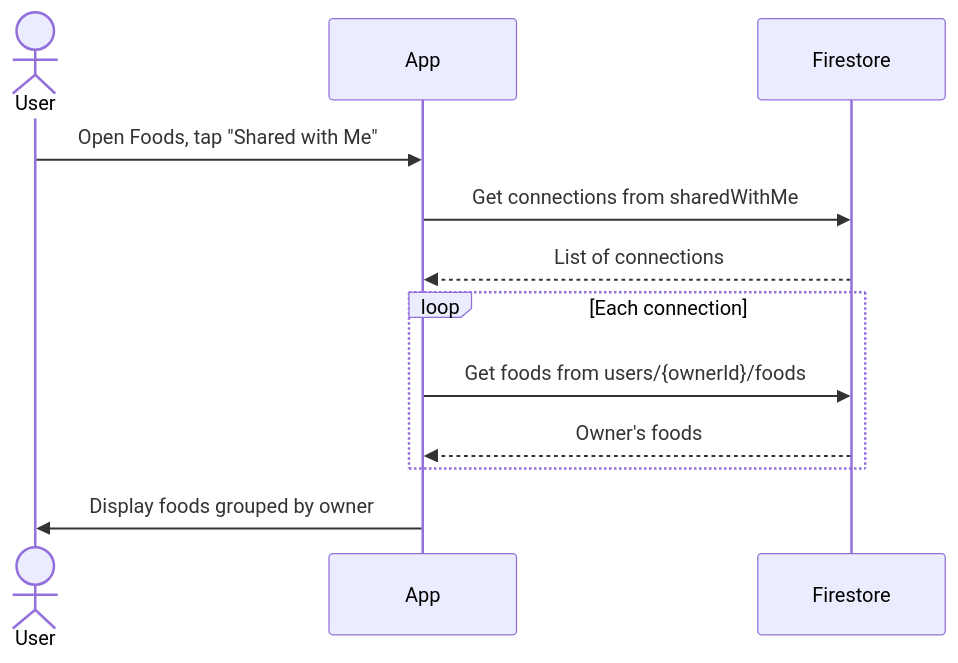
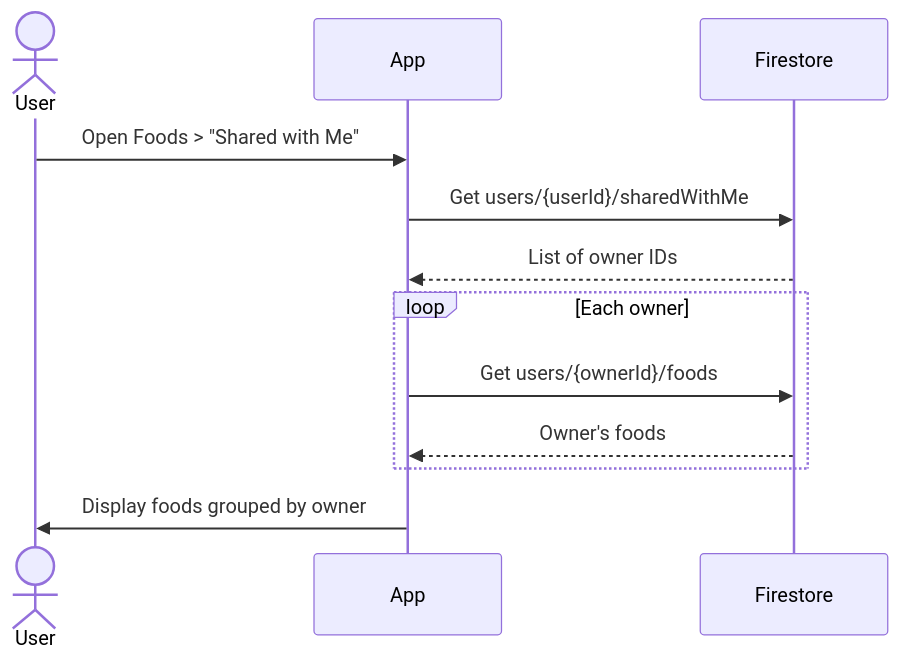
Before and after one commit to TimothyYao/meal-planning: the third of 4 diagrams in doc/food-sharing-design.md, drawn with Mermaid. The commit also changed other lines of this file and 4 other files, not shown here.

````diff
--- a/doc/food-sharing-design.md
+++ b/doc/food-sharing-design.md
@@ -333,17 +214,18 @@
 ```mermaid
 sequenceDiagram
-    actor User as User
-    participant App as App
+    actor User
+    participant App
     participant FS as Firestore
 
-    User->>App: Open Foods, tap "Shared with Me"
-    App->>FS: Get connections from sharedWithMe
-    FS-->>App: List of connections
+    User->>App: Open Foods > "Shared with Me"
     
-    loop Each connection
-        App->>FS: Get foods from users/{ownerId}/foods
+    App->>FS: Get users/{userId}/sharedWithMe
+    FS-->>App: List of owner IDs
+    
+    loop Each owner
+        App->>FS: Get users/{ownerId}/foods
         FS-->>App: Owner's foods
     end
     
     App->>User: Display foods grouped by owner
 ```
````
